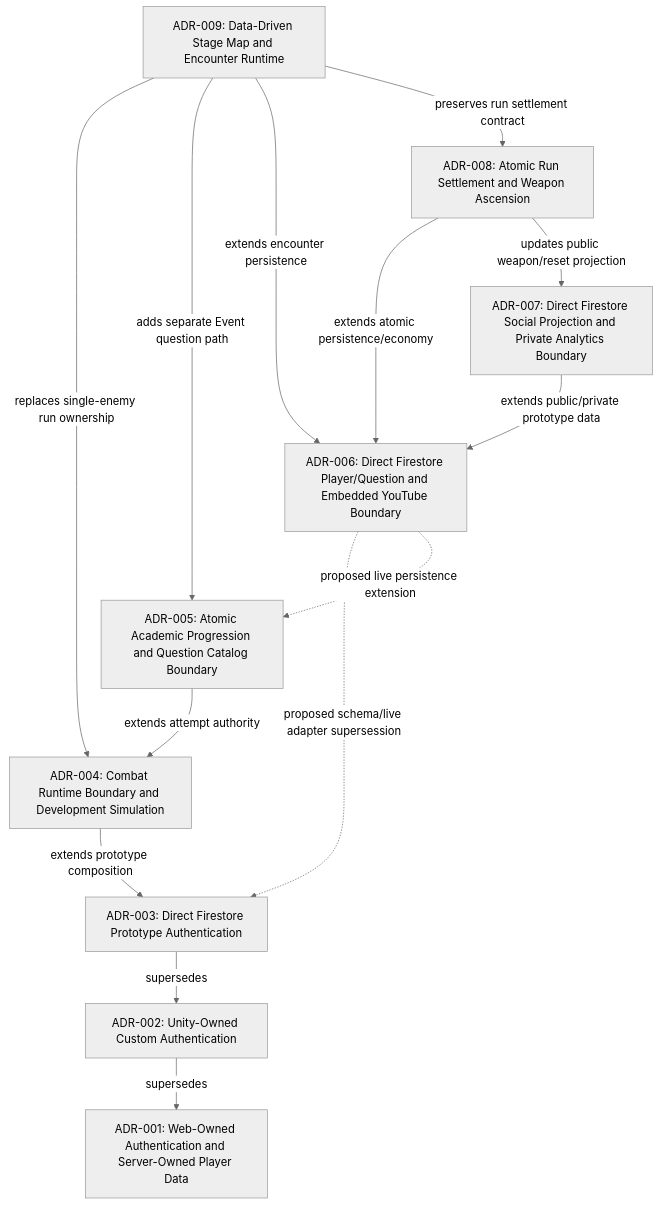
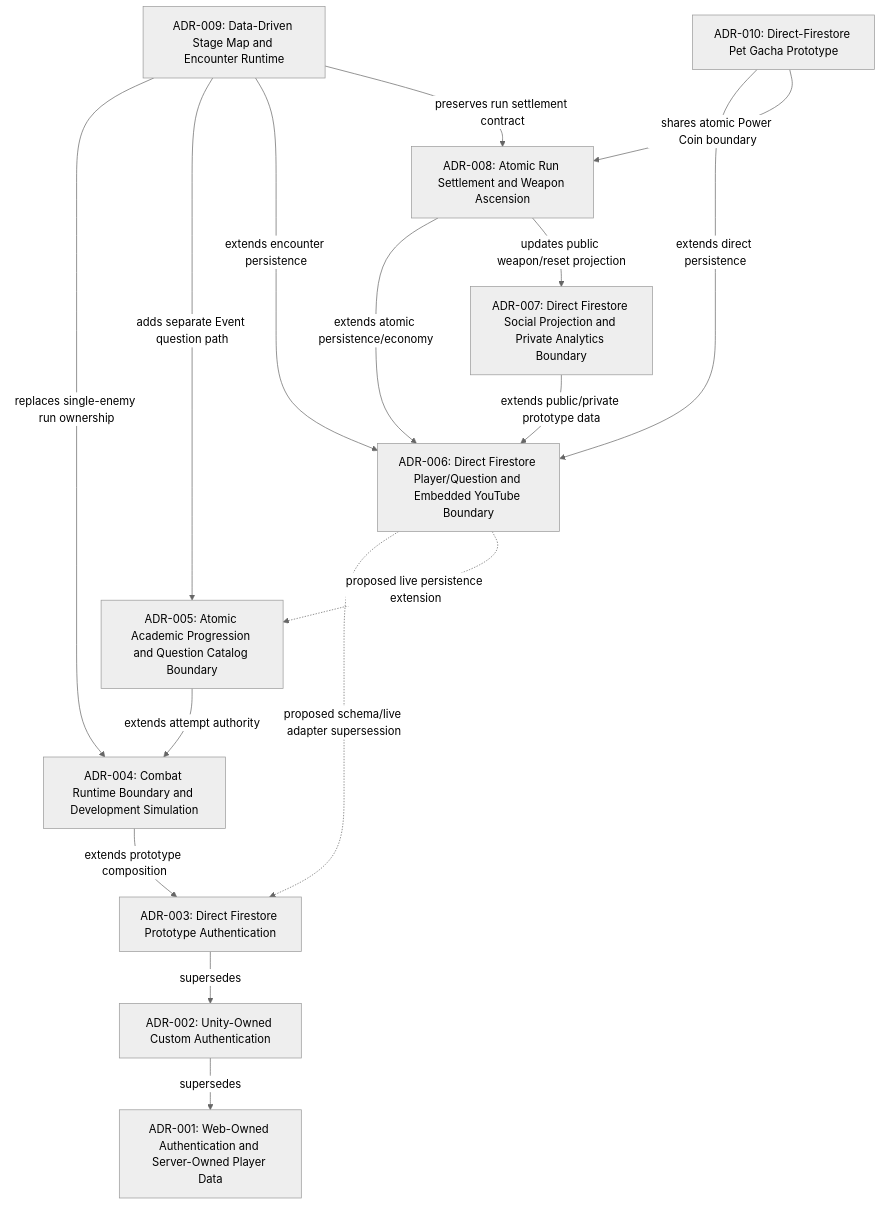
The diagram in Docs_PowerMath/3_Outputs/ADRs/README.md (AescaLiebert/Powermath-app), drawn with Mermaid (neutral theme) before and after one commit. The commit also changed other lines of this file and 51 other files, not shown here.

First line of the commit message:
feat(pets): implement idempotent pet gacha prototype

````diff
--- a/Docs_PowerMath/3_Outputs/ADRs/README.md
+++ b/Docs_PowerMath/3_Outputs/ADRs/README.md
@@ -5,25 +5,28 @@
 ```mermaid
 graph TD
     ADR001["ADR-001: Web-Owned Authentication and Server-Owned Player Data"]
     ADR002["ADR-002: Unity-Owned Custom Authentication"]
     ADR003["ADR-003: Direct Firestore Prototype Authentication"]
     ADR004["ADR-004: Combat Runtime Boundary and Development Simulation"]
     ADR005["ADR-005: Atomic Academic Progression and Question Catalog Boundary"]
     ADR006["ADR-006: Direct Firestore Player/Question and Embedded YouTube Boundary"]
     ADR007["ADR-007: Direct Firestore Social Projection and Private Analytics Boundary"]
     ADR008["ADR-008: Atomic Run Settlement and Weapon Ascension"]
     ADR009["ADR-009: Data-Driven Stage Map and Encounter Runtime"]
+    ADR010["ADR-010: Direct-Firestore Pet Gacha Prototype"]
     ADR002 -- "supersedes" --> ADR001
     ADR003 -- "supersedes" --> ADR002
     ADR004 -- "extends prototype composition" --> ADR003
     ADR005 -- "extends attempt authority" --> ADR004
     ADR006 -. "proposed schema/live adapter supersession" .-> ADR003
     ADR006 -. "proposed live persistence extension" .-> ADR005
     ADR007 -- "extends public/private prototype data" --> ADR006
     ADR008 -- "extends atomic persistence/economy" --> ADR006
     ADR008 -- "updates public weapon/reset projection" --> ADR007
     ADR009 -- "replaces single-enemy run ownership" --> ADR004
     ADR009 -- "adds separate Event question path" --> ADR005
     ADR009 -- "extends encounter persistence" --> ADR006
     ADR009 -- "preserves run settlement contract" --> ADR008
+    ADR010 -- "extends direct persistence" --> ADR006
+    ADR010 -- "shares atomic Power Coin boundary" --> ADR008
 ```
````
